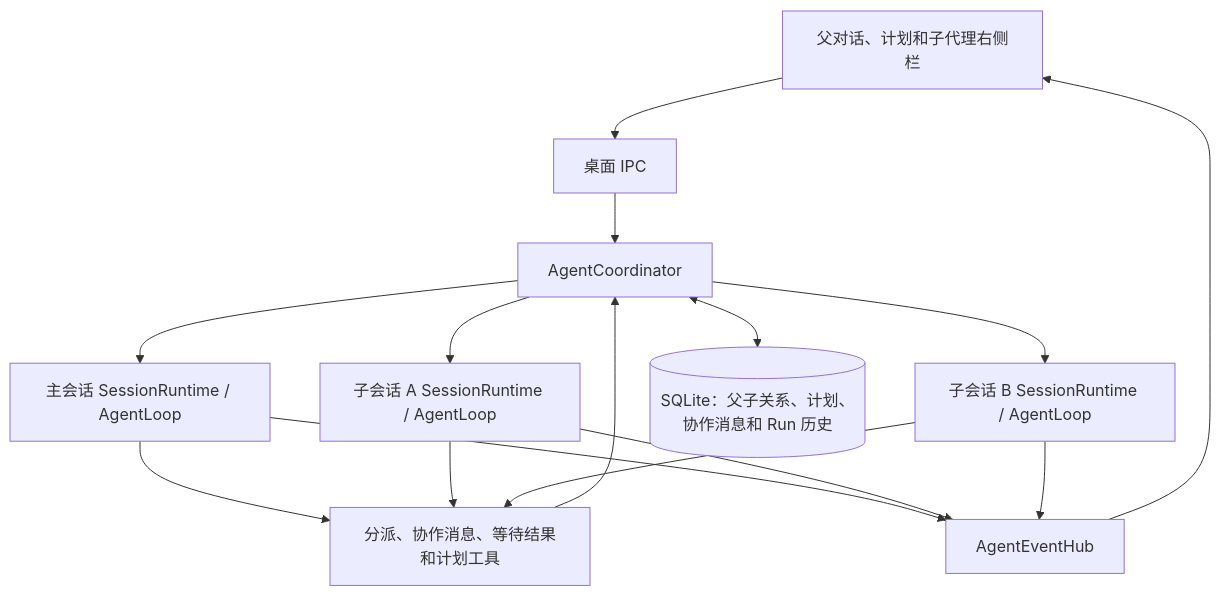
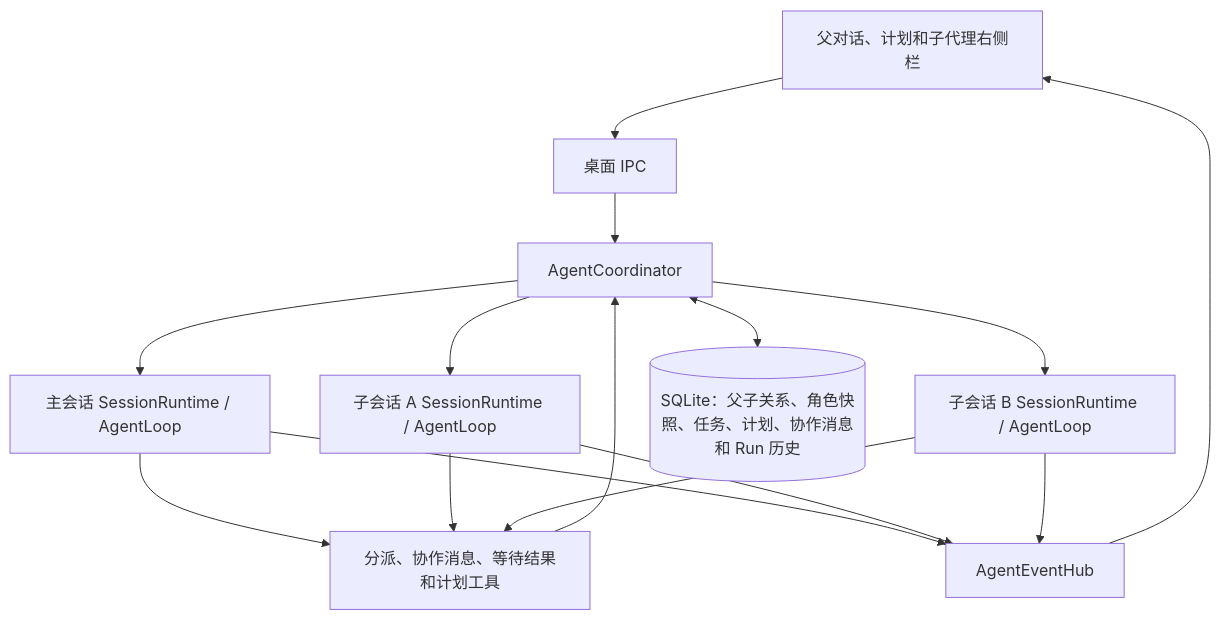
One commit to 1742/Actl changed the diagram in docs/modules/multi-agent.md. Above: the diagram before and after it, drawn with Mermaid. The commit also changed other lines of this file and 30 other files, not shown here.

````diff
--- a/docs/modules/multi-agent.md
+++ b/docs/modules/multi-agent.md
@@ -5,17 +5,17 @@
 ```mermaid
 flowchart TD
   UI[父对话、计划和子代理右侧栏] --> IPC[桌面 IPC]
   IPC --> C[AgentCoordinator]
   C --> R[主会话 SessionRuntime / AgentLoop]
   C --> A[子会话 A SessionRuntime / AgentLoop]
   C --> B[子会话 B SessionRuntime / AgentLoop]
   R --> T[分派、协作消息、等待结果和计划工具]
   A --> T
   B --> T
   T --> C
-  C <--> DB[(SQLite：父子关系、计划、协作消息和 Run 历史)]
+  C <--> DB[(SQLite：父子关系、角色快照、任务、计划、协作消息和 Run 历史)]
   R --> H[AgentEventHub]
   A --> H
   B --> H
   H --> UI
 ```
````
